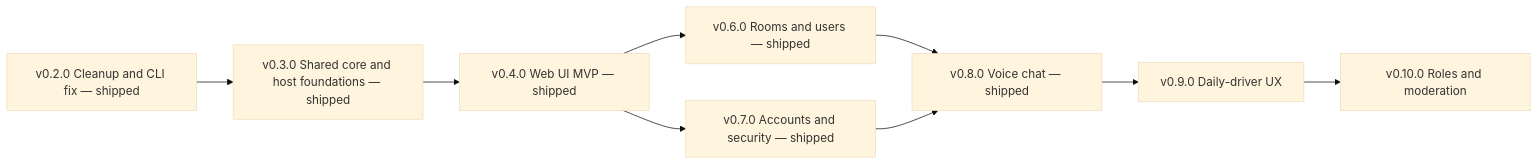
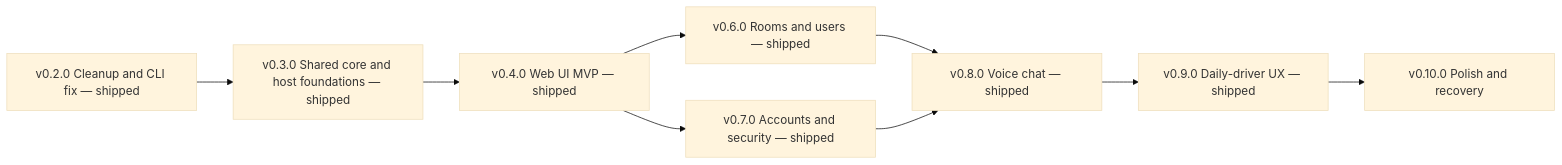
The diagram in docs/ROADMAP.md (ahyibrahim/hermes-be), drawn with Mermaid (base theme) before and after one commit. The commit also changed other lines of this file, not shown here.

Commit message:
Restructure v0.10.0 as polish and recovery; move roles to the backlog.

````diff
--- a/docs/ROADMAP.md
+++ b/docs/ROADMAP.md
@@ -108,11 +108,11 @@
 ```mermaid
 graph LR
   v02[v0.2.0 Cleanup and CLI fix — shipped] --> v03[v0.3.0 Shared core and host foundations — shipped]
   v03 --> v04[v0.4.0 Web UI MVP — shipped]
   v04 --> v06[v0.6.0 Rooms and users — shipped]
   v04 --> v07[v0.7.0 Accounts and security — shipped]
   v06 --> v08[v0.8.0 Voice chat — shipped]
   v07 --> v08
-  v08 --> v09[v0.9.0 Daily-driver UX]
-  v09 --> v10[v0.10.0 Roles and moderation]
+  v08 --> v09[v0.9.0 Daily-driver UX — shipped]
+  v09 --> v10[v0.10.0 Polish and recovery]
 ```
````
